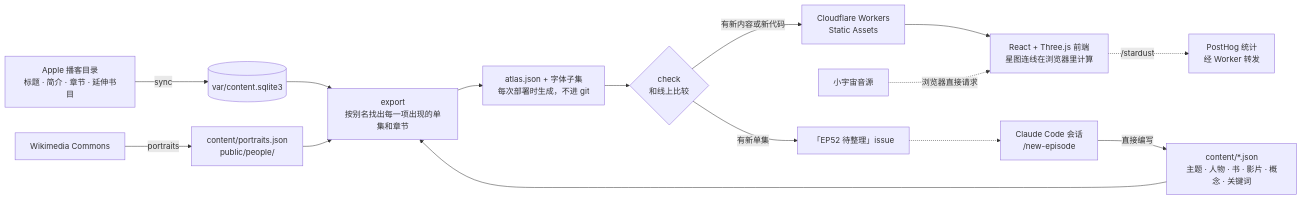
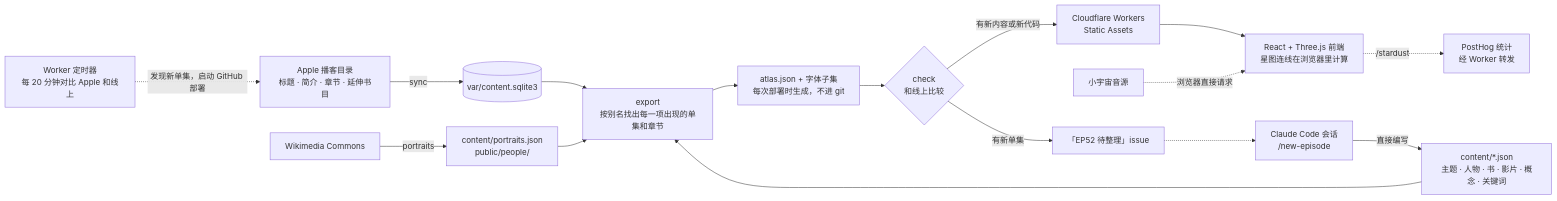
Before and after one commit to foreseaz/beiershuo: the diagram in README.md, drawn with Mermaid. The commit also changed other lines of this file and 3 other files, not shown here.

Commit message:
Check Apple for new episodes from the Worker every 20 minutes and start the deploy, since GitHub's schedule never fired.

````diff
--- a/README.md
+++ b/README.md
@@ -31,17 +31,18 @@
 ```mermaid
 flowchart LR
+  T[Worker 定时器<br/>每 20 分钟对比 Apple 和线上] -. 发现新单集，启动 GitHub 部署 .-> A
   A[Apple 播客目录<br/>标题 · 简介 · 章节 · 延伸书目] -->|sync| D[(var/content.sqlite3)]
   C[Claude Code 会话<br/>/new-episode] -->|直接编写| J[content/*.json<br/>主题 · 人物 · 书 · 影片 · 概念 · 关键词]
   W[Wikimedia Commons] -->|portraits| P[content/portraits.json<br/>public/people/]
   D --> E[export<br/>按别名找出每一项出现的单集和章节]
   J --> E
   P --> E
   E --> S[atlas.json + 字体子集<br/>每次部署时生成，不进 git]
   S --> K{check<br/>和线上比较}
   K -->|有新内容或新代码| CF[Cloudflare Workers<br/>Static Assets]
   K -->|有新单集| I[「EP52 待整理」issue]
   I -.-> C
   CF --> F[React + Three.js 前端<br/>星图连线在浏览器里计算]
   X[小宇宙音源] -. 浏览器直接请求 .-> F
   F -. /stardust .-> PH[PostHog 统计<br/>经 Worker 转发]
 ```
````
